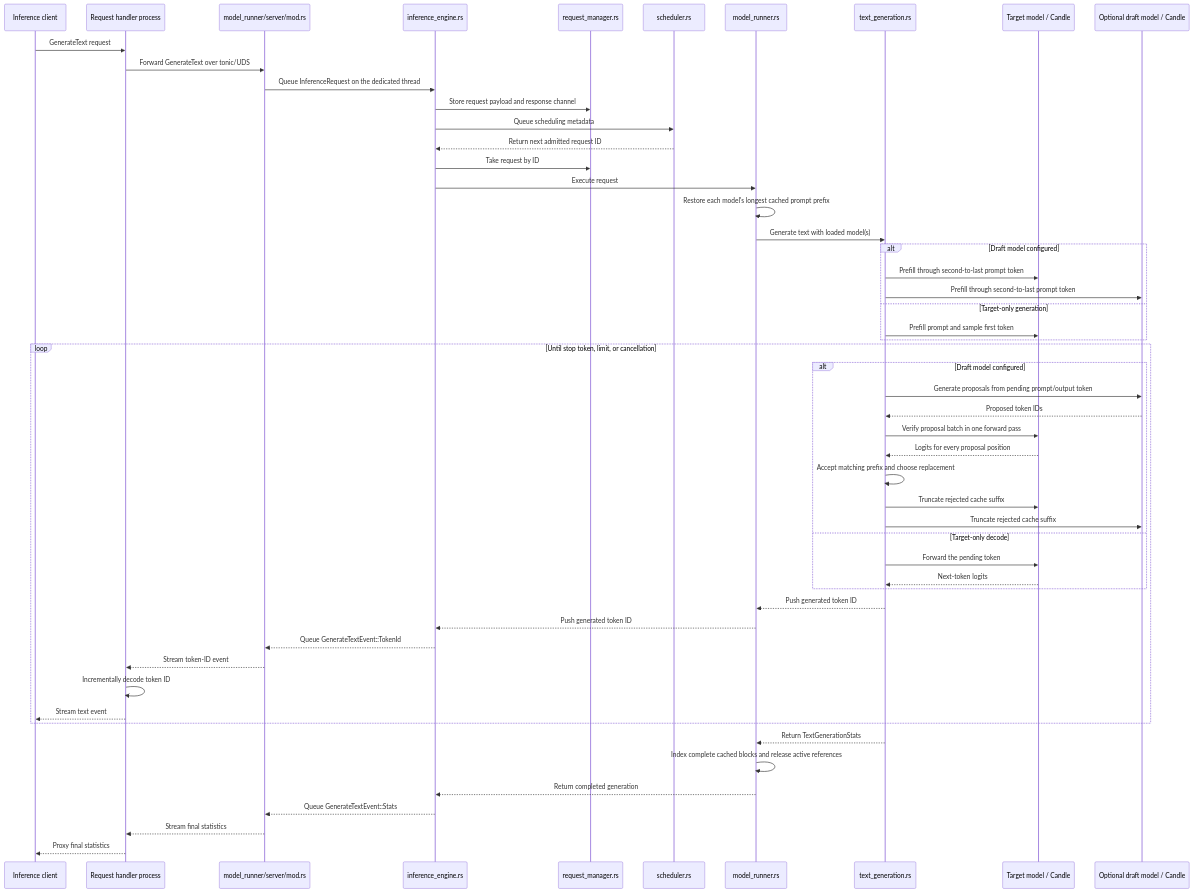
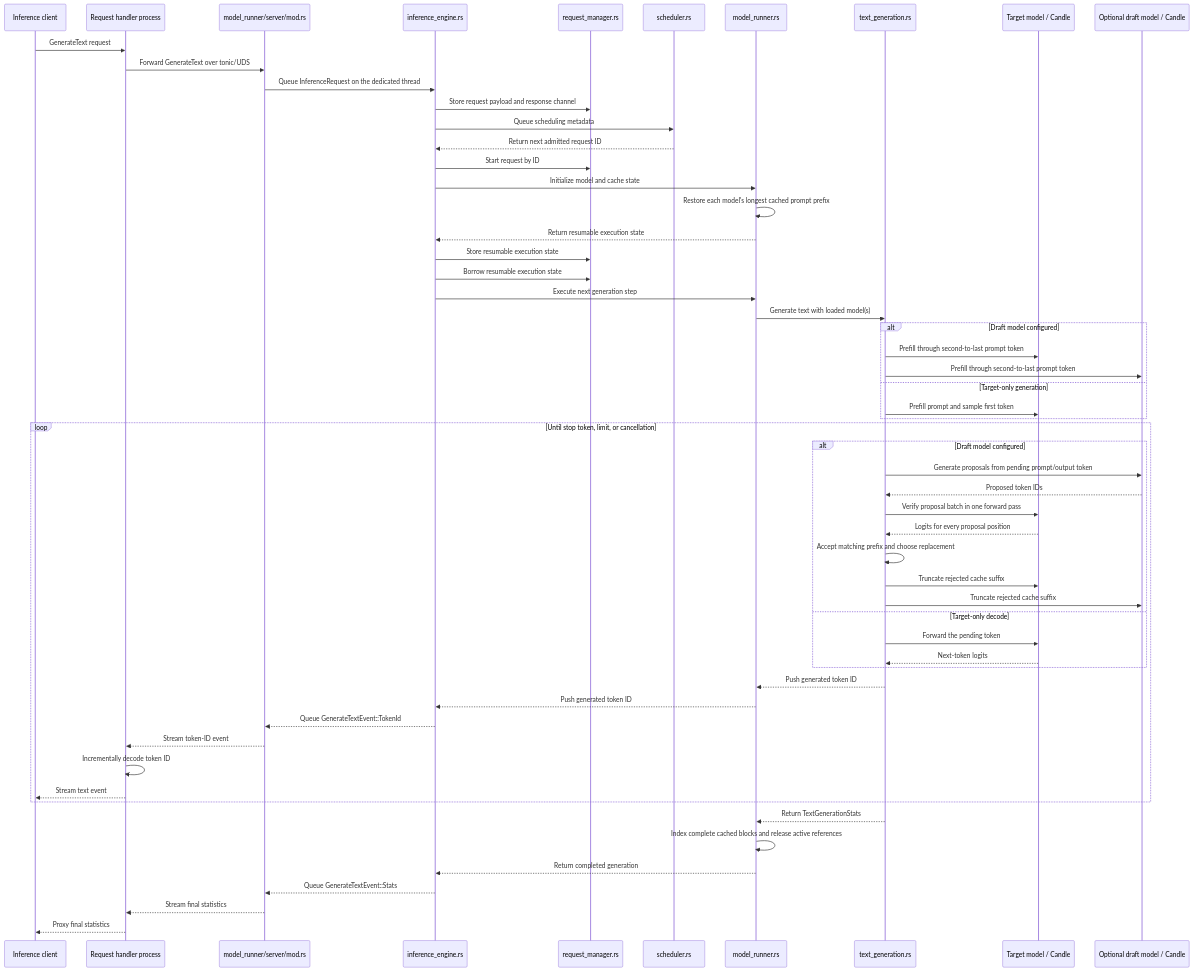
Before and after one commit to lun0522/mini-vllm-rs: the second of 2 diagrams in src/model_runner/README.md, drawn with Mermaid. The commit also changed other lines of this file and 5 other files, not shown here.

First line of the commit message:
Refactor: Make request execution state manager-owned

````diff
--- a/src/model_runner/README.md
+++ b/src/model_runner/README.md
@@ -78,56 +80,60 @@
 ```mermaid
 sequenceDiagram
     participant Caller as Inference client
     participant Handler as Request handler process
     participant Rpc as model_runner/server/mod.rs
     participant Engine as inference_engine.rs
     participant Requests as request_manager.rs
     participant Scheduler as scheduler.rs
     participant Runner as model_runner.rs
     participant Decode as text_generation.rs
     participant Target as Target model / Candle
     participant Draft as Optional draft model / Candle
 
     Caller->>Handler: GenerateText request
     Handler->>Rpc: Forward GenerateText over tonic/UDS
     Rpc->>Engine: Queue InferenceRequest on the dedicated thread
     Engine->>Requests: Store request payload and response channel
     Engine->>Scheduler: Queue scheduling metadata
     Scheduler-->>Engine: Return next admitted request ID
-    Engine->>Requests: Take request by ID
-    Engine->>Runner: Execute request
+    Engine->>Requests: Start request by ID
+    Engine->>Runner: Initialize model and cache state
     Runner->>Runner: Restore each model's longest cached prompt prefix
+    Runner-->>Engine: Return resumable execution state
+    Engine->>Requests: Store resumable execution state
+    Engine->>Requests: Borrow resumable execution state
+    Engine->>Runner: Execute next generation step
     Runner->>Decode: Generate text with loaded model(s)
     alt Draft model configured
         Decode->>Target: Prefill through second-to-last prompt token
         Decode->>Draft: Prefill through second-to-last prompt token
     else Target-only generation
         Decode->>Target: Prefill prompt and sample first token
     end
     loop Until stop token, limit, or cancellation
         alt Draft model configured
             Decode->>Draft: Generate proposals from pending prompt/output token
             Draft-->>Decode: Proposed token IDs
             Decode->>Target: Verify proposal batch in one forward pass
             Target-->>Decode: Logits for every proposal position
             Decode->>Decode: Accept matching prefix and choose replacement
             Decode->>Target: Truncate rejected cache suffix
             Decode->>Draft: Truncate rejected cache suffix
         else Target-only decode
             Decode->>Target: Forward the pending token
             Target-->>Decode: Next-token logits
         end
         Decode-->>Runner: Push generated token ID
         Runner-->>Engine: Push generated token ID
         Engine-->>Rpc: Queue GenerateTextEvent::TokenId
         Rpc-->>Handler: Stream token-ID event
         Handler->>Handler: Incrementally decode token ID
         Handler-->>Caller: Stream text event
     end
     Decode-->>Runner: Return TextGenerationStats
     Runner->>Runner: Index complete cached blocks and release active references
     Runner-->>Engine: Return completed generation
     Engine-->>Rpc: Queue GenerateTextEvent::Stats
     Rpc-->>Handler: Stream final statistics
     Handler-->>Caller: Proxy final statistics
 ```
````
